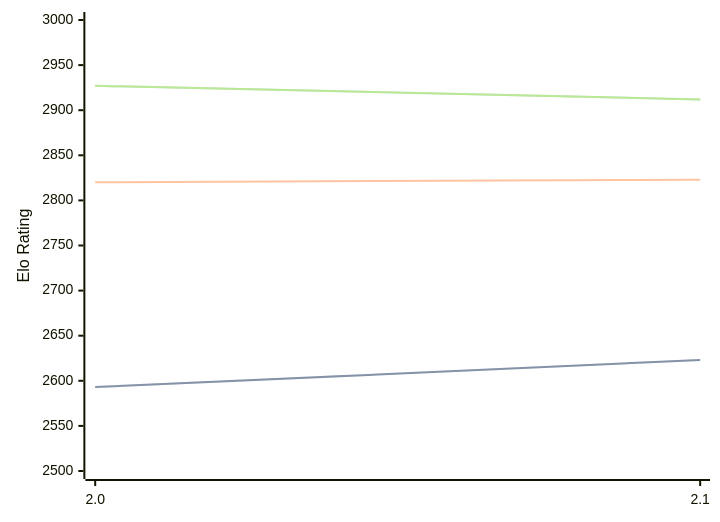
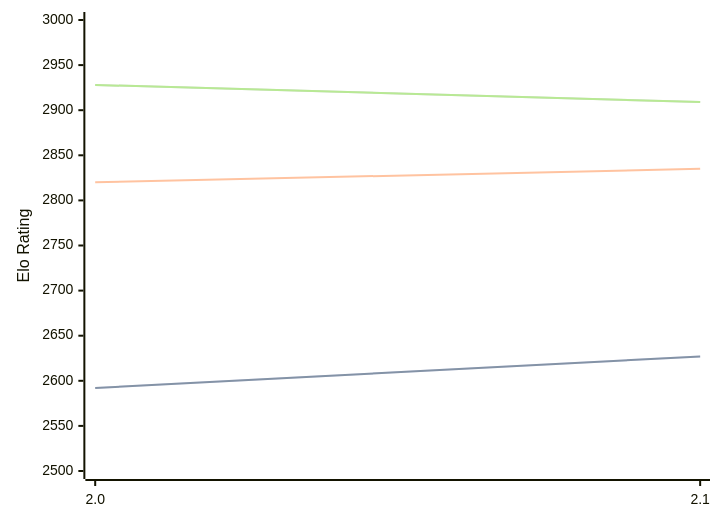
The first of 3 diagrams in engines/Noggin.md (computer-chess-index/cci), drawn with Mermaid before and after one commit. The commit also changed other lines of this file, not shown here.

Commit message:
Update CCI Ratings (ELO VLTC) - 2026-07-12

````diff
--- a/engines/Noggin.md
+++ b/engines/Noggin.md
@@ -33,11 +33,11 @@
 ```mermaid
 %%{init: {"theme":"base","themeVariables":{"seriesColors:['#a3a3a3','#222221','#faa371']}}}%%
 xychart-beta
   x-axis ["2.0", "2.1"]
   y-axis "Elo Rating" 2500 --> 3000
-  line "STC (8.0+0.08s)" [2593, 2623]
-  line "STC (8.0+0.08s)" [2593, 2623]
-  line "LTC (60.0+0.60s)" [2820, 2823]
-  line "VLTC (2m24s+1.12s)" [2927, 2912]
-  line "VLTC (2m24s+1.12s)" [2927, 2912]
+  line "STC (8.0+0.08s)" [2592, 2627]
+  line "STC (8.0+0.08s)" [2592, 2627]
+  line "LTC (60.0+0.60s)" [2820, 2835]
+  line "VLTC (2m24s+1.12s)" [2928, 2909]
+  line "VLTC (2m24s+1.12s)" [2928, 2909]
 ```
````
